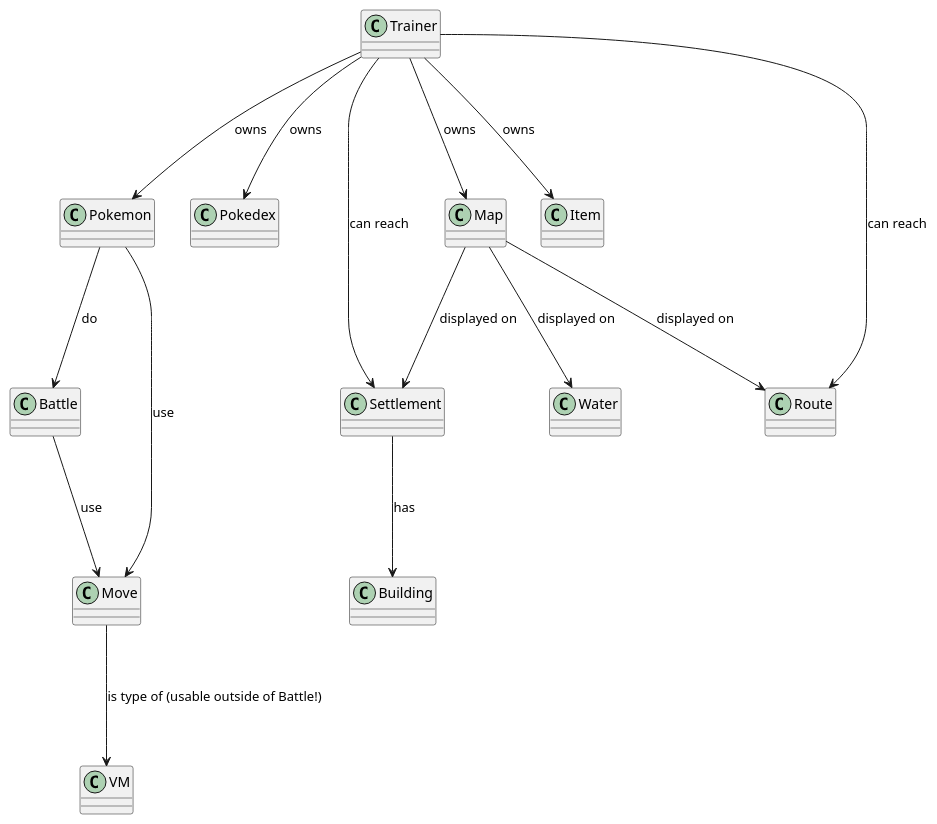
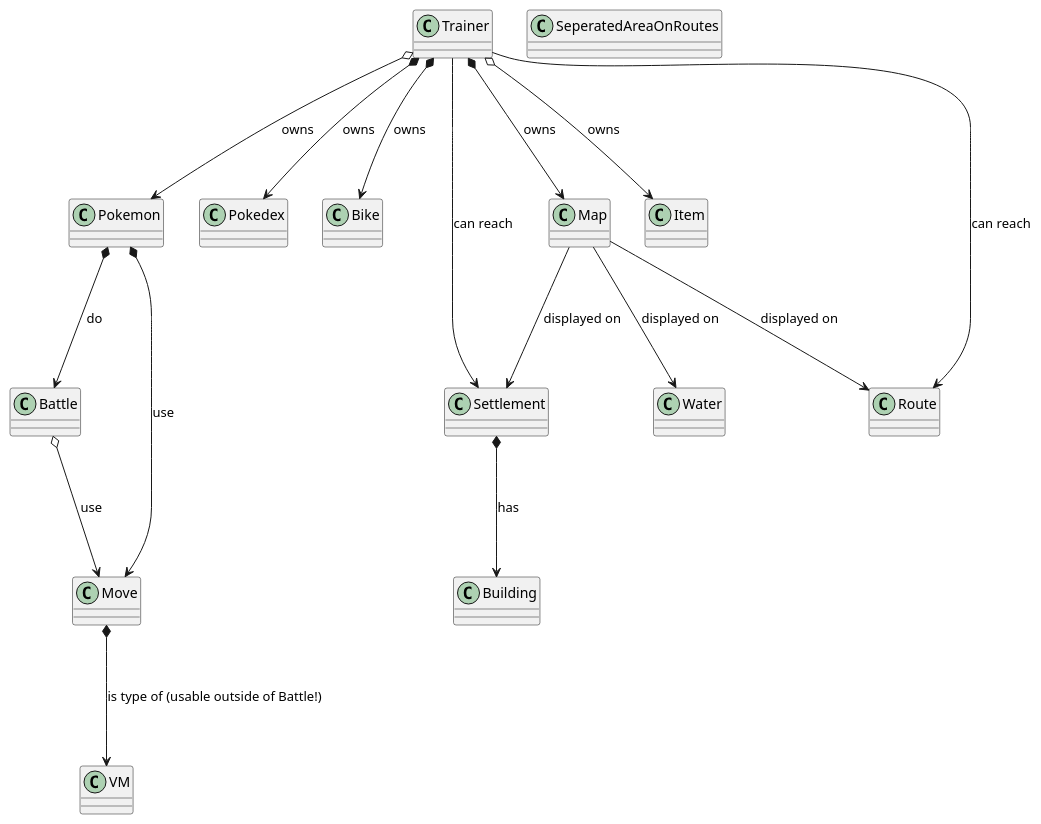
The diagram in Pokemonmodeling.puml (Silivanili/pokemonmodeling), drawn with PlantUML before and after one commit. The commit also changed 2 other files, not shown here.

```diff
--- a/Pokemonmodeling.puml
+++ b/Pokemonmodeling.puml
@@ -1,59 +1,63 @@
 @startuml
 
 class Pokemon
 
 class Battle
 
 class Move
 
 Class VM
 
 class Pokedex
 
 class Trainer
 
+class Bike 
+
 class Settlement
+
+class SeperatedAreaOnRoutes
 
 class Map
 
 class Item
 
 class Building
 
 class Route
 
 class Water
 
 
-Trainer ---> Pokemon: owns
+Trainer o---> Pokemon: owns
 
-Trainer ---> Item: owns
+Trainer o---> Item: owns
 
-Trainer ---> Map: owns
+Trainer *---> Map: owns
 
-Trainer ---> Pokedex: owns
+Trainer *---> Pokedex: owns
+
+Trainer *---> Bike: owns
 
 Trainer ---> Settlement: can reach
 
 Trainer ---> Route: can reach
 
 Map ---> Settlement: displayed on
 
 Map ---> Route: displayed on 
 
 Map ---> Water: displayed on
 
-Settlement ---> Building: has 
+Settlement *---> Building: has 
 
-Pokemon ---> Battle: do
+Pokemon *---> Battle: do
 
-Pokemon ---> Move: use 
+Pokemon *---> Move: use 
 
-Battle ---> Move: use
+Battle o---> Move: use
 
-Move ---> VM: is type of (usable outside of Battle!)
-
-
+Move *---> VM: is type of (usable outside of Battle!)
 
 
 @enduml
```
